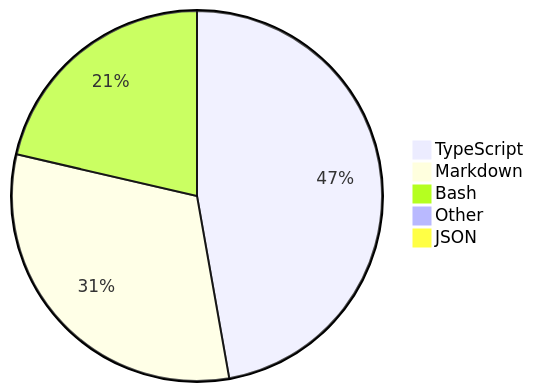
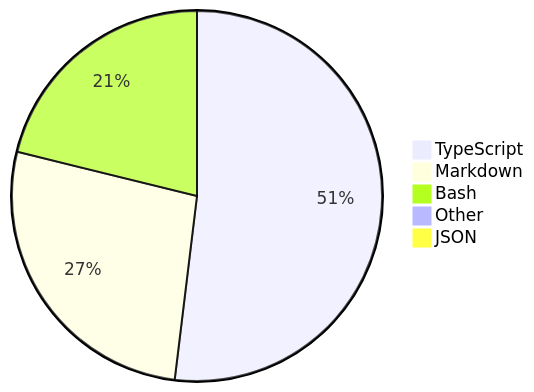
One commit to skvggor/skvggor changed the diagram in README.md. Above: the diagram before and after it, drawn with Mermaid.

Commit message:
Updated waka-readme graph with new metrics

````diff
--- a/README.md
+++ b/README.md
@@ -35,8 +35,8 @@
 ```mermaid
 pie
-    "TypeScript" : 46.6
-    "Markdown" : 31.0
-    "Bash" : 21.1
-    "Other" : 0.9
-    "JSON" : 0.3
+    "TypeScript" : 51.3
+    "Markdown" : 26.6
+    "Bash" : 20.9
+    "Other" : 0.7
+    "JSON" : 0.4
 ```
````
